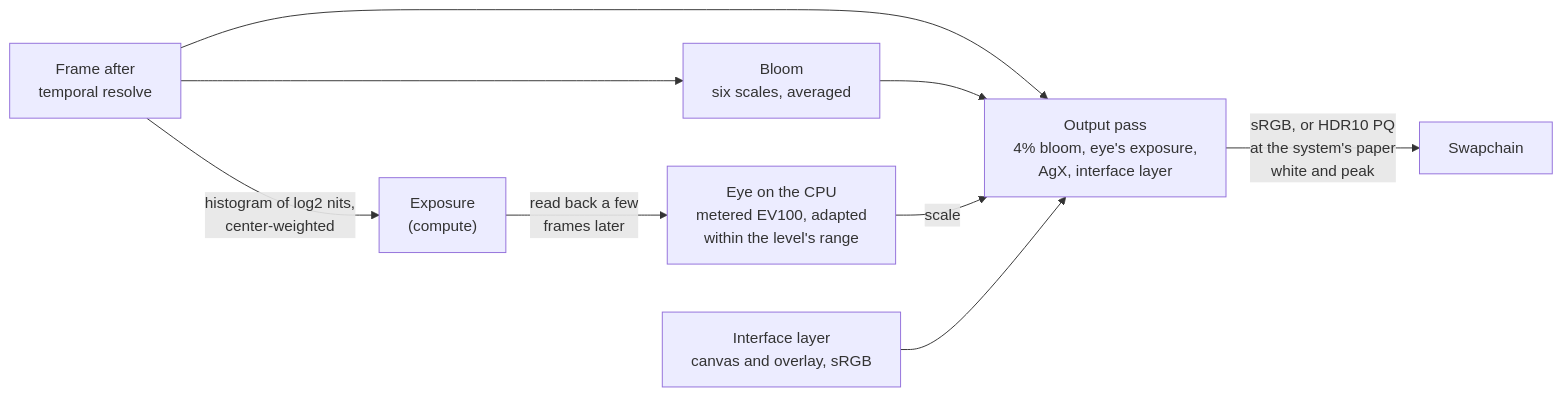
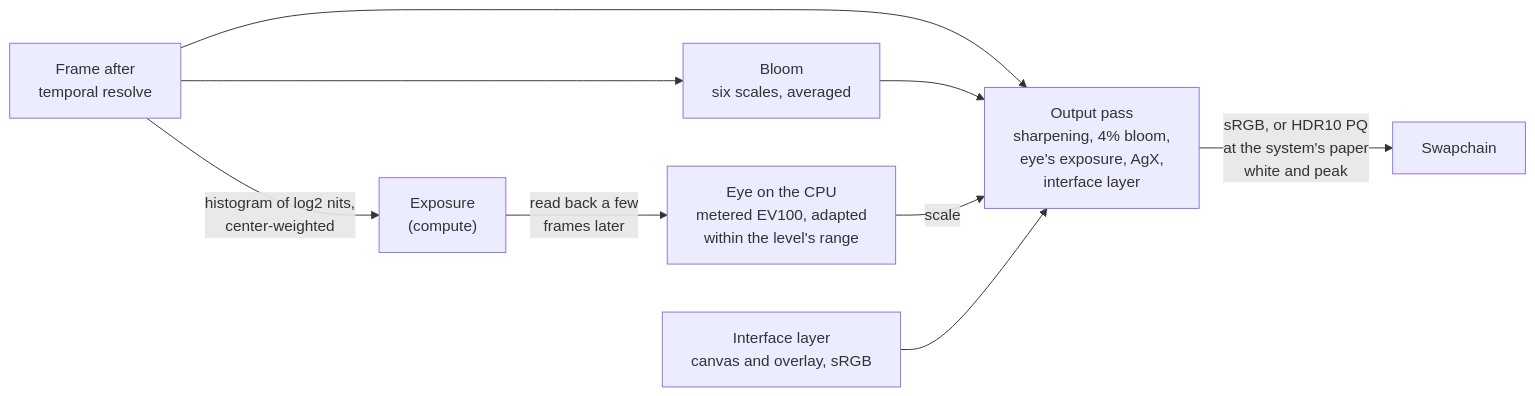
One commit to SBXdev3D/daidalos-engine-next changed the ninth of 13 diagrams in docs/ARCHITECTURE.md. Above: the diagram before and after it, drawn with Mermaid. The commit also changed other lines of this file and 43 other files, not shown here.

````diff
--- a/docs/ARCHITECTURE.md
+++ b/docs/ARCHITECTURE.md
@@ -215,11 +215,11 @@
 ```mermaid
 flowchart LR
     H["Frame after<br/>temporal resolve"] -->|"histogram of log2 nits,<br/>center-weighted"| HI["Exposure<br/>(compute)"]
     HI -->|"read back a few<br/>frames later"| EY["Eye on the CPU<br/>metered EV100, adapted<br/>within the level's range"]
     H --> BL["Bloom<br/>six scales, averaged"]
-    H --> O["Output pass<br/>4% bloom, eye's exposure,<br/>AgX, interface layer"]
+    H --> O["Output pass<br/>sharpening, 4% bloom,<br/>eye's exposure, AgX,<br/>interface layer"]
     BL --> O
     EY -->|"scale"| O
     L["Interface layer<br/>canvas and overlay, sRGB"] --> O
     O -->|"sRGB, or HDR10 PQ<br/>at the system's paper<br/>white and peak"| S["Swapchain"]
 ```
````
